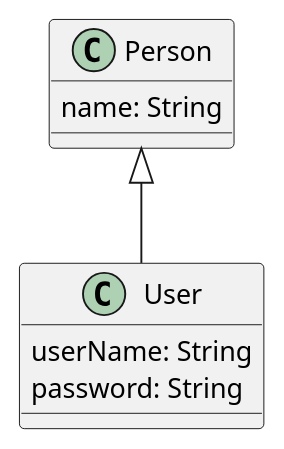
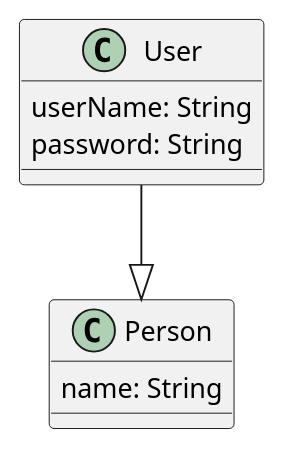
One commit to waltatgit/uml changed the diagram in GPT-5/21.jpg.only.plantuml. Above: the diagram before and after it, drawn with PlantUML. The commit also changed 479 other files, not shown here.

```diff
--- a/GPT-5/21.jpg.only.plantuml
+++ b/GPT-5/21.jpg.only.plantuml
@@ -1,12 +1,16 @@
 @startuml
+' Assumptions: No visibility modifiers shown; attributes are added without visibility.
+' The upward arrow indicates generalization: User inherits from Person.
+' No operations or stereotypes are depicted in the diagram.
+
 class Person {
-    name: String
+  name: String
 }
 
 class User {
-    userName: String
-    password: String
+  userName: String
+  password: String
 }
 
-Person <|-- User
+User --|> Person
 @enduml
```
